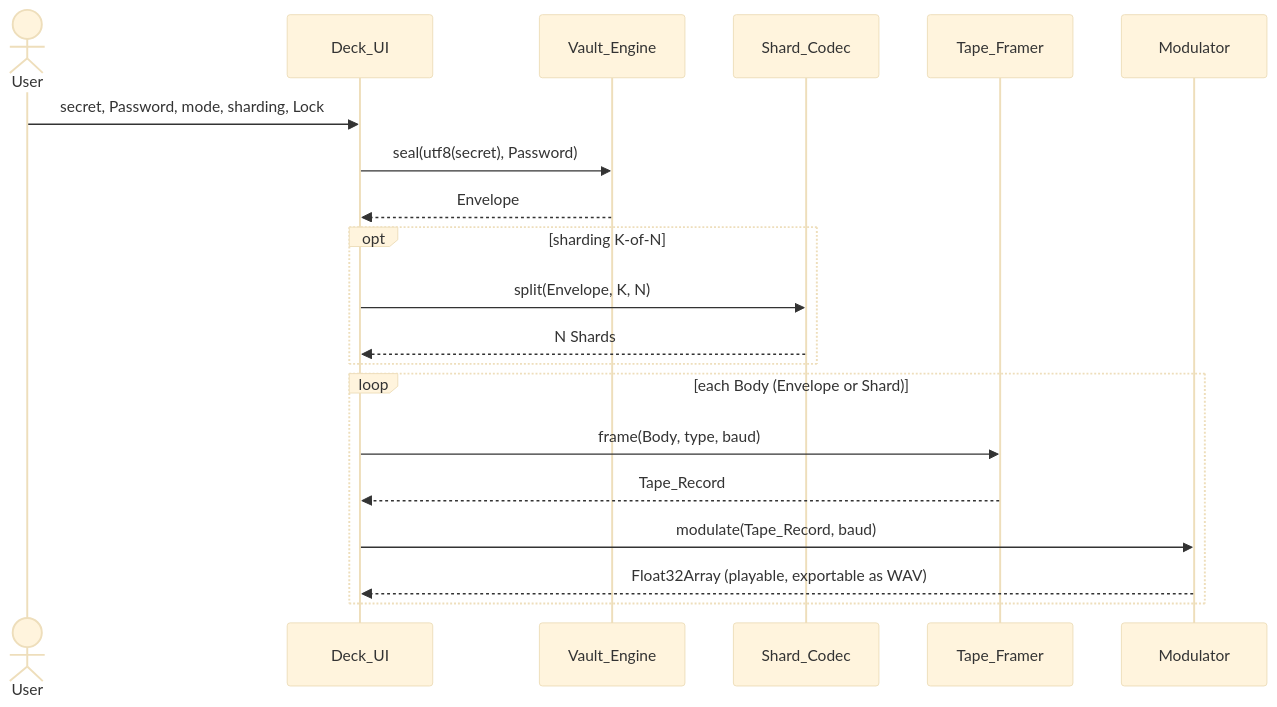
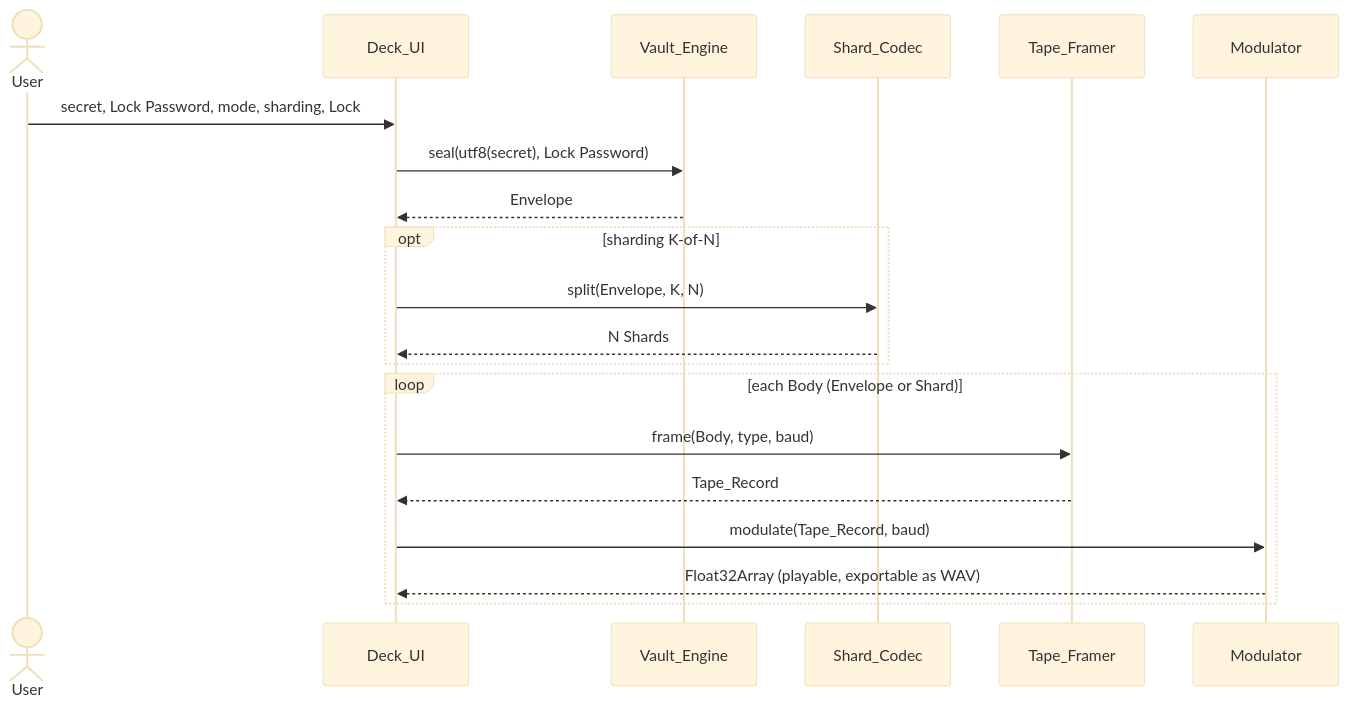
One commit to christian783/BaudVault changed the second of 4 diagrams in .kiro/specs/baudvault-core/design.md. Above: the diagram before and after it, drawn with Mermaid (base theme). The commit also changed other lines of this file and 12 other files, not shown here.

First line of the commit message:
feat(ui,docs): Add Unlock password field and separate Lock/Unlock authentication

````diff
--- a/.kiro/specs/baudvault-core/design.md
+++ b/.kiro/specs/baudvault-core/design.md
@@ -487,22 +497,22 @@
 ```mermaid
 sequenceDiagram
   actor U as User
   participant UI as Deck_UI
   participant V as Vault_Engine
   participant S as Shard_Codec
   participant F as Tape_Framer
   participant M as Modulator
-  U->>UI: secret, Password, mode, sharding, Lock
-  UI->>V: seal(utf8(secret), Password)
+  U->>UI: secret, Lock Password, mode, sharding, Lock
+  UI->>V: seal(utf8(secret), Lock Password)
   V-->>UI: Envelope
   opt sharding K-of-N
     UI->>S: split(Envelope, K, N)
     S-->>UI: N Shards
   end
   loop each Body (Envelope or Shard)
     UI->>F: frame(Body, type, baud)
     F-->>UI: Tape_Record
     UI->>M: modulate(Tape_Record, baud)
     M-->>UI: Float32Array (playable, exportable as WAV)
   end
 ```
````
